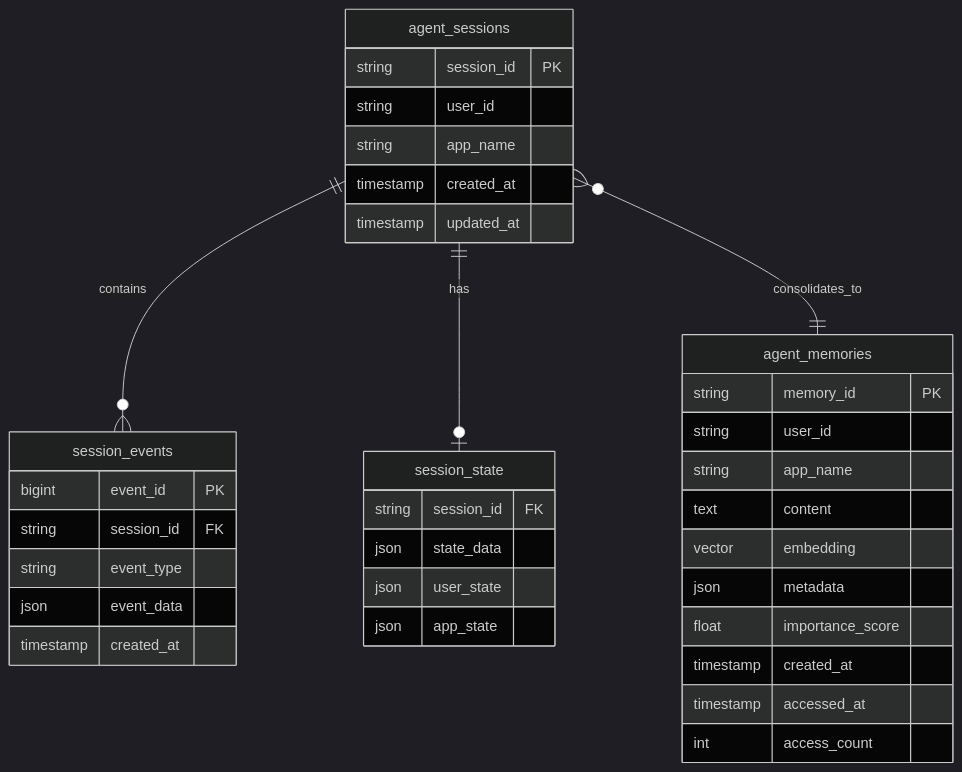
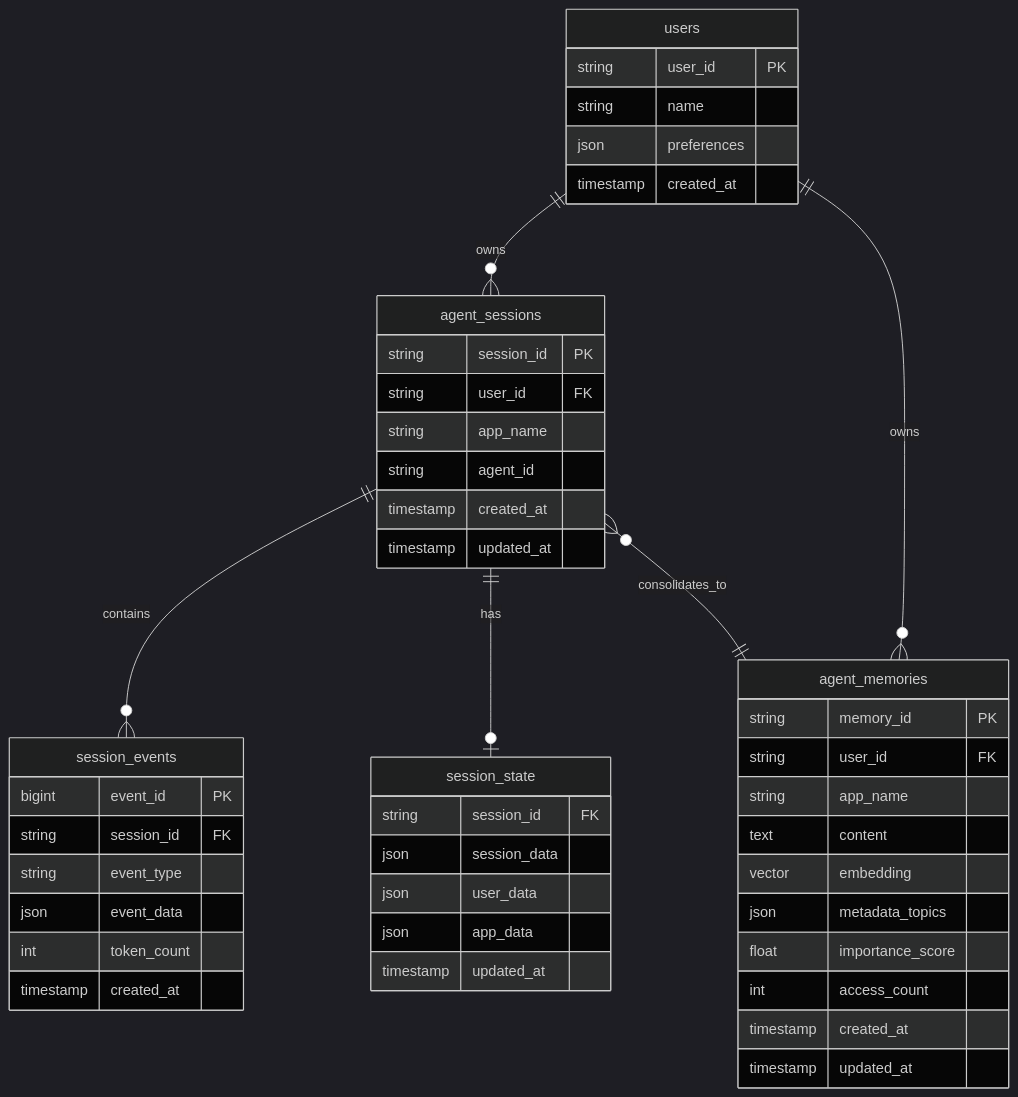
One commit to ThreeFish-AI/agentic-ai-cognizes changed the seventh of 7 diagrams in docs/research/001-context-engineering.md. Above: the diagram before and after it, drawn with Mermaid (dark theme). The commit also changed other lines of this file and 1 other file, not shown here.

````diff
--- a/docs/research/001-context-engineering.md
+++ b/docs/research/001-context-engineering.md
@@ -798,42 +752,54 @@
 ```mermaid
 erDiagram
     agent_sessions ||--o{ session_events : contains
     agent_sessions ||--o| session_state : has
     agent_sessions }o--|| agent_memories : consolidates_to
+    users ||--o{ agent_sessions : owns
+    users ||--o{ agent_memories : owns
+
+    users {
+        string user_id PK
+        string name
+        json preferences
+        timestamp created_at
+    }
 
     agent_sessions {
         string session_id PK
-        string user_id
+        string user_id FK
         string app_name
+        string agent_id
         timestamp created_at
         timestamp updated_at
     }
 
     session_events {
         bigint event_id PK
         string session_id FK
         string event_type
         json event_data
+        int token_count
         timestamp created_at
     }
 
     session_state {
         string session_id FK
-        json state_data
-        json user_state
-        json app_state
+        json session_data
+        json user_data
+        json app_data
+        timestamp updated_at
     }
 
     agent_memories {
         string memory_id PK
-        string user_id
+        string user_id FK
         string app_name
         text content
         vector embedding
-        json metadata
+        json metadata_topics
         float importance_score
+        int access_count
         timestamp created_at
-        timestamp accessed_at
-        int access_count
+        timestamp updated_at
     }
 ```
````
